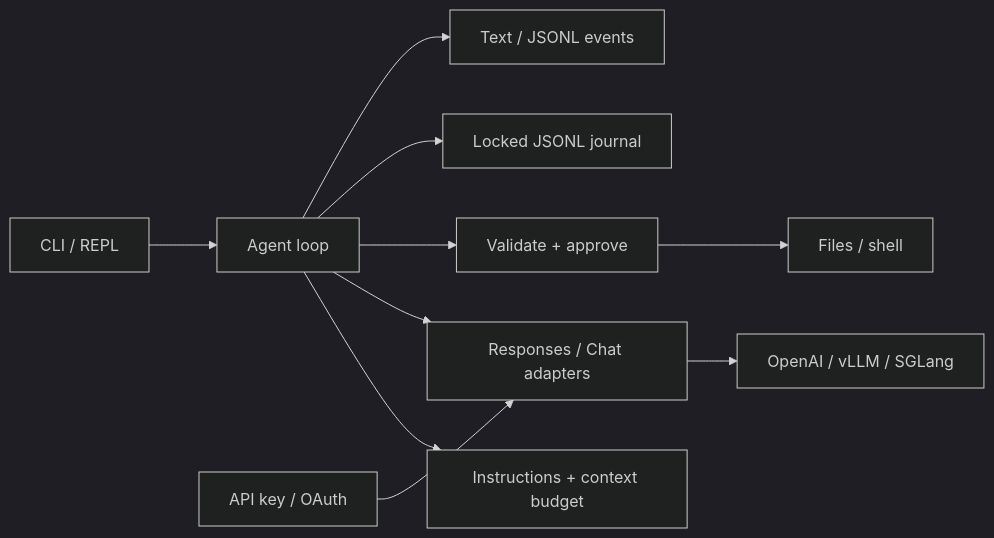
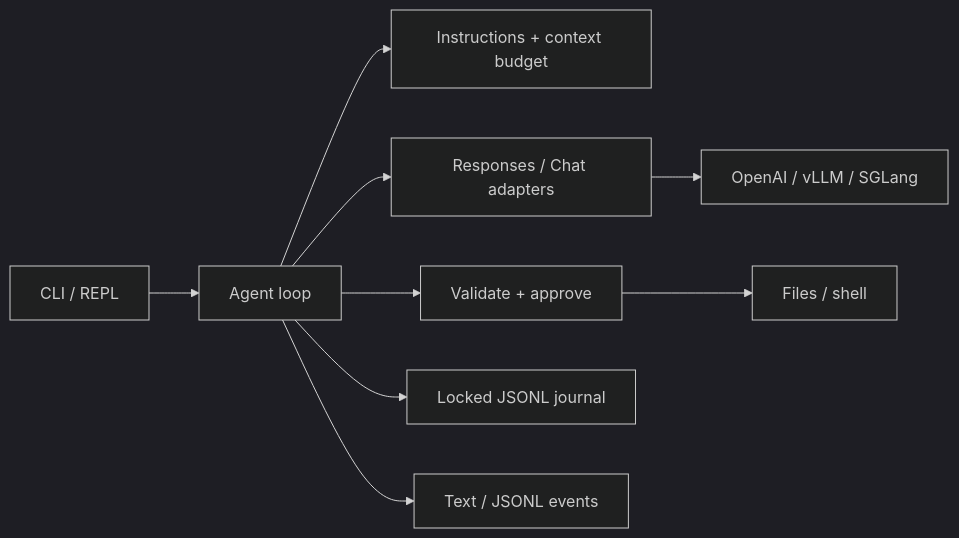
Before and after one commit to vedantjh2/nano-codex: the diagram in docs/design.md, drawn with Mermaid (dark theme). The commit also changed other lines of this file and 3 other files, not shown here.

````diff
--- a/docs/design.md
+++ b/docs/design.md
@@ -25,12 +23,11 @@
 ```mermaid
 flowchart LR
     CLI[CLI / REPL] --> Agent[Agent loop]
     Agent --> Context[Instructions + context budget]
     Agent --> Provider[Responses / Chat adapters]
     Provider --> Model[OpenAI / vLLM / SGLang]
     Agent --> Policy[Validate + approve]
     Policy --> Tools[Files / shell]
     Agent --> Journal[Locked JSONL journal]
     Agent --> UI[Text / JSONL events]
-    Auth[API key / OAuth] --> Provider
 ```
````
